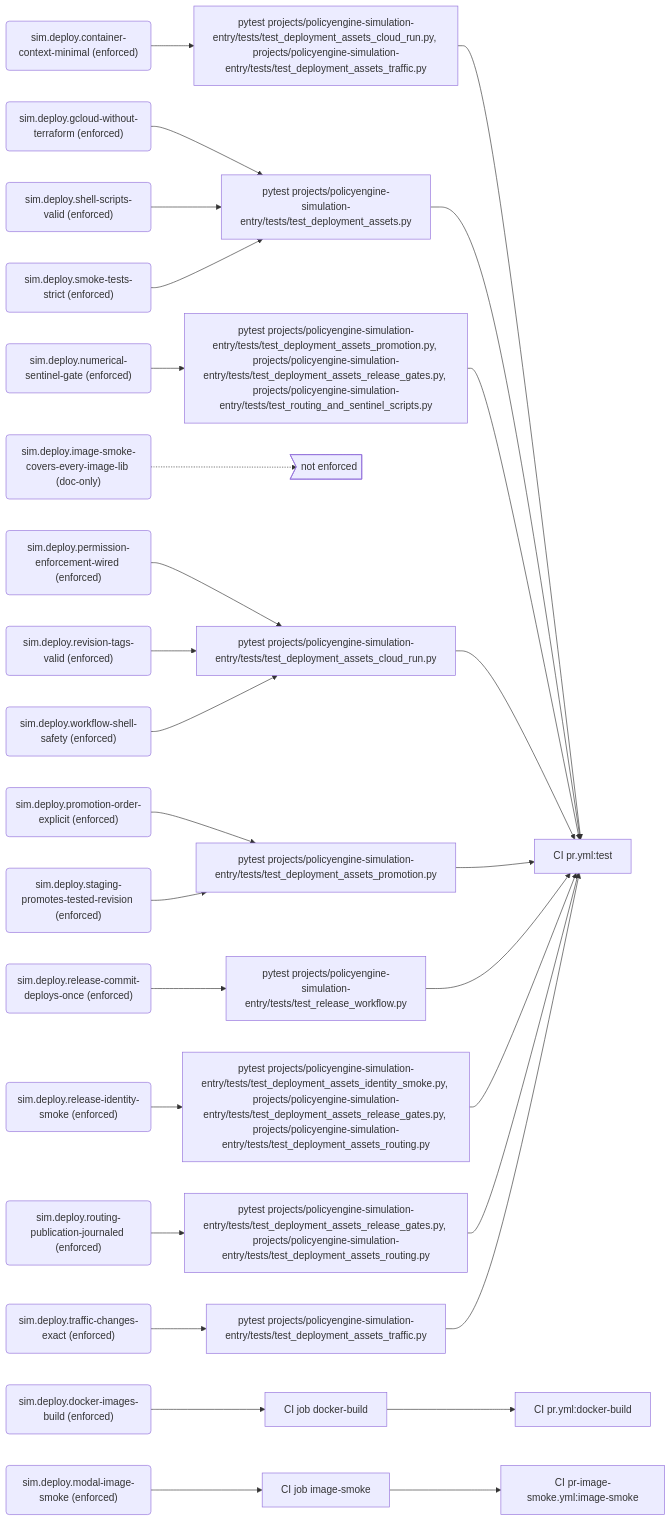
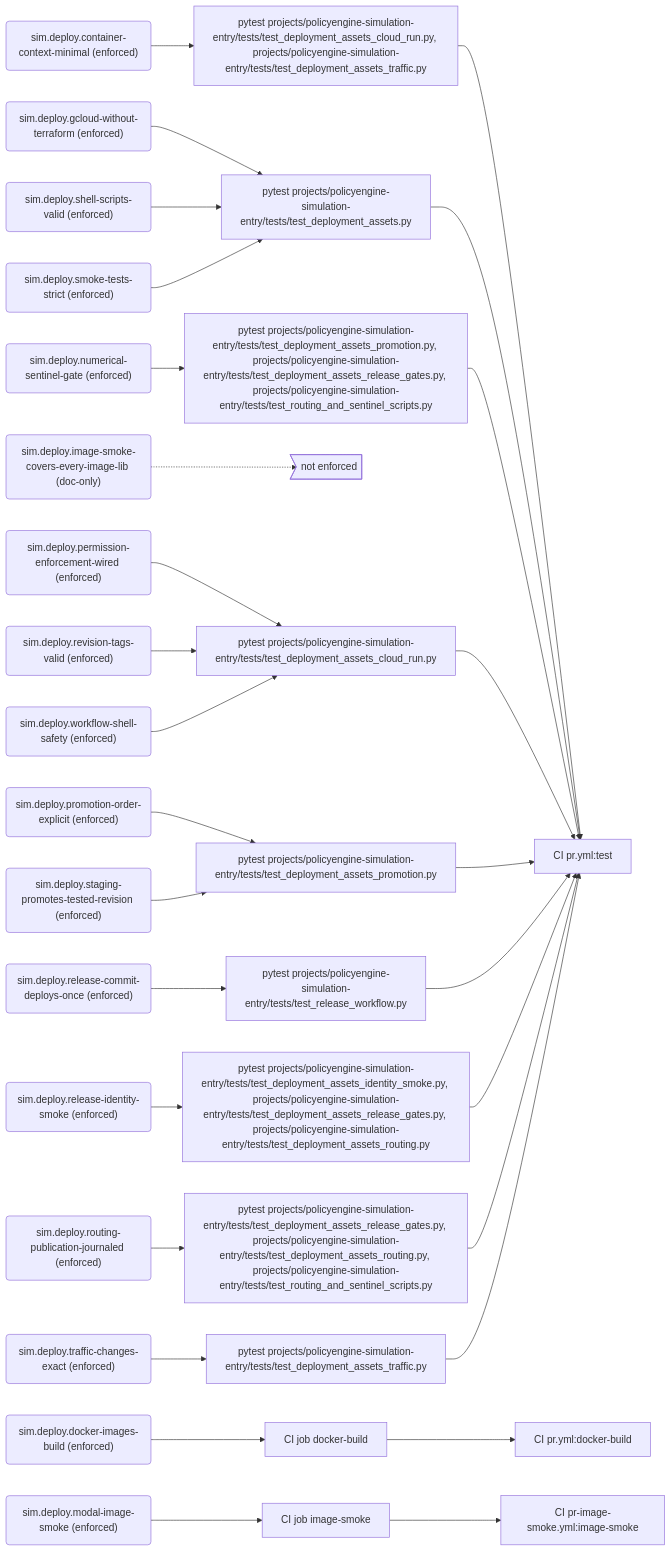
The third of 10 diagrams in docs/generated/rules.md (PolicyEngine/policyengine-sim-api), drawn with Mermaid before and after one commit. The commit also changed other lines of this file and 3 other files, not shown here.

First line of the commit message:
Require routing scripts to be called directly

````diff
--- a/docs/generated/rules.md
+++ b/docs/generated/rules.md
@@ -163,63 +163,63 @@
 ```mermaid
 flowchart LR
   r_sim_deploy_container_context_minimal("sim.deploy.container-context-minimal (enforced)")
   e_pytest_projects_policyengine_simulation_entry_tests_test_deployment_assets_cloud_run_py__projects_policyengine_simulation_entry_tests_test_deployment_assets_traffic_py["pytest projects/policyengine-simulation-entry/tests/test_deployment_assets_cloud_run.py, projects/policyengine-simulation-entry/tests/test_deployment_assets_traffic.py"]
   j_CI_pr_yml_test["CI pr.yml:test"]
   r_sim_deploy_docker_images_build("sim.deploy.docker-images-build (enforced)")
   e_CI_job_docker_build["CI job docker-build"]
   j_CI_pr_yml_docker_build["CI pr.yml:docker-build"]
   r_sim_deploy_gcloud_without_terraform("sim.deploy.gcloud-without-terraform (enforced)")
   e_pytest_projects_policyengine_simulation_entry_tests_test_deployment_assets_py["pytest projects/policyengine-simulation-entry/tests/test_deployment_assets.py"]
   r_sim_deploy_image_smoke_covers_every_image_lib("sim.deploy.image-smoke-covers-every-image-lib (doc-only)")
   gap_unenforced>"not enforced"]
   r_sim_deploy_modal_image_smoke("sim.deploy.modal-image-smoke (enforced)")
   e_CI_job_image_smoke["CI job image-smoke"]
   j_CI_pr_image_smoke_yml_image_smoke["CI pr-image-smoke.yml:image-smoke"]
   r_sim_deploy_numerical_sentinel_gate("sim.deploy.numerical-sentinel-gate (enforced)")
   e_pytest_projects_policyengine_simulation_entry_tests_test_deployment_assets_promotion_py__projects_policyengine_simulation_entry_tests_test_deployment_assets_release_gates_py__projects_policyengine_simulation_entry_tests_test_routing_and_sentinel_scripts_py["pytest projects/policyengine-simulation-entry/tests/test_deployment_assets_promotion.py, projects/policyengine-simulation-entry/tests/test_deployment_assets_release_gates.py, projects/policyengine-simulation-entry/tests/test_routing_and_sentinel_scripts.py"]
   r_sim_deploy_permission_enforcement_wired("sim.deploy.permission-enforcement-wired (enforced)")
   e_pytest_projects_policyengine_simulation_entry_tests_test_deployment_assets_cloud_run_py["pytest projects/policyengine-simulation-entry/tests/test_deployment_assets_cloud_run.py"]
   r_sim_deploy_promotion_order_explicit("sim.deploy.promotion-order-explicit (enforced)")
   e_pytest_projects_policyengine_simulation_entry_tests_test_deployment_assets_promotion_py["pytest projects/policyengine-simulation-entry/tests/test_deployment_assets_promotion.py"]
   r_sim_deploy_release_commit_deploys_once("sim.deploy.release-commit-deploys-once (enforced)")
   e_pytest_projects_policyengine_simulation_entry_tests_test_release_workflow_py["pytest projects/policyengine-simulation-entry/tests/test_release_workflow.py"]
   r_sim_deploy_release_identity_smoke("sim.deploy.release-identity-smoke (enforced)")
   e_pytest_projects_policyengine_simulation_entry_tests_test_deployment_assets_identity_smoke_py__projects_policyengine_simulation_entry_tests_test_deployment_assets_release_gates_py__projects_policyengine_simulation_entry_tests_test_deployment_assets_routing_py["pytest projects/policyengine-simulation-entry/tests/test_deployment_assets_identity_smoke.py, projects/policyengine-simulation-entry/tests/test_deployment_assets_release_gates.py, projects/policyengine-simulation-entry/tests/test_deployment_assets_routing.py"]
   r_sim_deploy_revision_tags_valid("sim.deploy.revision-tags-valid (enforced)")
   r_sim_deploy_routing_publication_journaled("sim.deploy.routing-publication-journaled (enforced)")
-  e_pytest_projects_policyengine_simulation_entry_tests_test_deployment_assets_release_gates_py__projects_policyengine_simulation_entry_tests_test_deployment_assets_routing_py["pytest projects/policyengine-simulation-entry/tests/test_deployment_assets_release_gates.py, projects/policyengine-simulation-entry/tests/test_deployment_assets_routing.py"]
+  e_pytest_projects_policyengine_simulation_entry_tests_test_deployment_assets_release_gates_py__projects_policyengine_simulation_entry_tests_test_deployment_assets_routing_py__projects_policyengine_simulation_entry_tests_test_routing_and_sentinel_scripts_py["pytest projects/policyengine-simulation-entry/tests/test_deployment_assets_release_gates.py, projects/policyengine-simulation-entry/tests/test_deployment_assets_routing.py, projects/policyengine-simulation-entry/tests/test_routing_and_sentinel_scripts.py"]
   r_sim_deploy_shell_scripts_valid("sim.deploy.shell-scripts-valid (enforced)")
   r_sim_deploy_smoke_tests_strict("sim.deploy.smoke-tests-strict (enforced)")
   r_sim_deploy_staging_promotes_tested_revision("sim.deploy.staging-promotes-tested-revision (enforced)")
   r_sim_deploy_traffic_changes_exact("sim.deploy.traffic-changes-exact (enforced)")
   e_pytest_projects_policyengine_simulation_entry_tests_test_deployment_assets_traffic_py["pytest projects/policyengine-simulation-entry/tests/test_deployment_assets_traffic.py"]
   r_sim_deploy_workflow_shell_safety("sim.deploy.workflow-shell-safety (enforced)")
   r_sim_deploy_container_context_minimal --> e_pytest_projects_policyengine_simulation_entry_tests_test_deployment_assets_cloud_run_py__projects_policyengine_simulation_entry_tests_test_deployment_assets_traffic_py
   e_pytest_projects_policyengine_simulation_entry_tests_test_deployment_assets_cloud_run_py__projects_policyengine_simulation_entry_tests_test_deployment_assets_traffic_py --> j_CI_pr_yml_test
   r_sim_deploy_docker_images_build --> e_CI_job_docker_build
   e_CI_job_docker_build --> j_CI_pr_yml_docker_build
   r_sim_deploy_gcloud_without_terraform --> e_pytest_projects_policyengine_simulation_entry_tests_test_deployment_assets_py
   e_pytest_projects_policyengine_simulation_entry_tests_test_deployment_assets_py --> j_CI_pr_yml_test
   r_sim_deploy_image_smoke_covers_every_image_lib -.-> gap_unenforced
   r_sim_deploy_modal_image_smoke --> e_CI_job_image_smoke
   e_CI_job_image_smoke --> j_CI_pr_image_smoke_yml_image_smoke
   r_sim_deploy_numerical_sentinel_gate --> e_pytest_projects_policyengine_simulation_entry_tests_test_deployment_assets_promotion_py__projects_policyengine_simulation_entry_tests_test_deployment_assets_release_gates_py__projects_policyengine_simulation_entry_tests_test_routing_and_sentinel_scripts_py
   e_pytest_projects_policyengine_simulation_entry_tests_test_deployment_assets_promotion_py__projects_policyengine_simulation_entry_tests_test_deployment_assets_release_gates_py__projects_policyengine_simulation_entry_tests_test_routing_and_sentinel_scripts_py --> j_CI_pr_yml_test
   r_sim_deploy_permission_enforcement_wired --> e_pytest_projects_policyengine_simulation_entry_tests_test_deployment_assets_cloud_run_py
   e_pytest_projects_policyengine_simulation_entry_tests_test_deployment_assets_cloud_run_py --> j_CI_pr_yml_test
   r_sim_deploy_promotion_order_explicit --> e_pytest_projects_policyengine_simulation_entry_tests_test_deployment_assets_promotion_py
   e_pytest_projects_policyengine_simulation_entry_tests_test_deployment_assets_promotion_py --> j_CI_pr_yml_test
   r_sim_deploy_release_commit_deploys_once --> e_pytest_projects_policyengine_simulation_entry_tests_test_release_workflow_py
   e_pytest_projects_policyengine_simulation_entry_tests_test_release_workflow_py --> j_CI_pr_yml_test
   r_sim_deploy_release_identity_smoke --> e_pytest_projects_policyengine_simulation_entry_tests_test_deployment_assets_identity_smoke_py__projects_policyengine_simulation_entry_tests_test_deployment_assets_release_gates_py__projects_policyengine_simulation_entry_tests_test_deployment_assets_routing_py
   e_pytest_projects_policyengine_simulation_entry_tests_test_deployment_assets_identity_smoke_py__projects_policyengine_simulation_entry_tests_test_deployment_assets_release_gates_py__projects_policyengine_simulation_entry_tests_test_deployment_assets_routing_py --> j_CI_pr_yml_test
   r_sim_deploy_revision_tags_valid --> e_pytest_projects_policyengine_simulation_entry_tests_test_deployment_assets_cloud_run_py
-  r_sim_deploy_routing_publication_journaled --> e_pytest_projects_policyengine_simulation_entry_tests_test_deployment_assets_release_gates_py__projects_policyengine_simulation_entry_tests_test_deployment_assets_routing_py
-  e_pytest_projects_policyengine_simulation_entry_tests_test_deployment_assets_release_gates_py__projects_policyengine_simulation_entry_tests_test_deployment_assets_routing_py --> j_CI_pr_yml_test
+  r_sim_deploy_routing_publication_journaled --> e_pytest_projects_policyengine_simulation_entry_tests_test_deployment_assets_release_gates_py__projects_policyengine_simulation_entry_tests_test_deployment_assets_routing_py__projects_policyengine_simulation_entry_tests_test_routing_and_sentinel_scripts_py
+  e_pytest_projects_policyengine_simulation_entry_tests_test_deployment_assets_release_gates_py__projects_policyengine_simulation_entry_tests_test_deployment_assets_routing_py__projects_policyengine_simulation_entry_tests_test_routing_and_sentinel_scripts_py --> j_CI_pr_yml_test
   r_sim_deploy_shell_scripts_valid --> e_pytest_projects_policyengine_simulation_entry_tests_test_deployment_assets_py
   r_sim_deploy_smoke_tests_strict --> e_pytest_projects_policyengine_simulation_entry_tests_test_deployment_assets_py
   r_sim_deploy_staging_promotes_tested_revision --> e_pytest_projects_policyengine_simulation_entry_tests_test_deployment_assets_promotion_py
   r_sim_deploy_traffic_changes_exact --> e_pytest_projects_policyengine_simulation_entry_tests_test_deployment_assets_traffic_py
   e_pytest_projects_policyengine_simulation_entry_tests_test_deployment_assets_traffic_py --> j_CI_pr_yml_test
   r_sim_deploy_workflow_shell_safety --> e_pytest_projects_policyengine_simulation_entry_tests_test_deployment_assets_cloud_run_py
 ```
````
